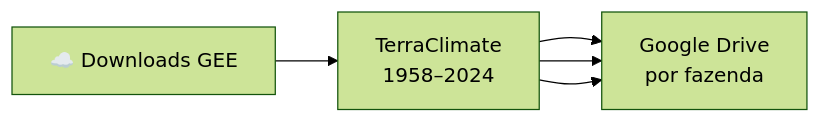
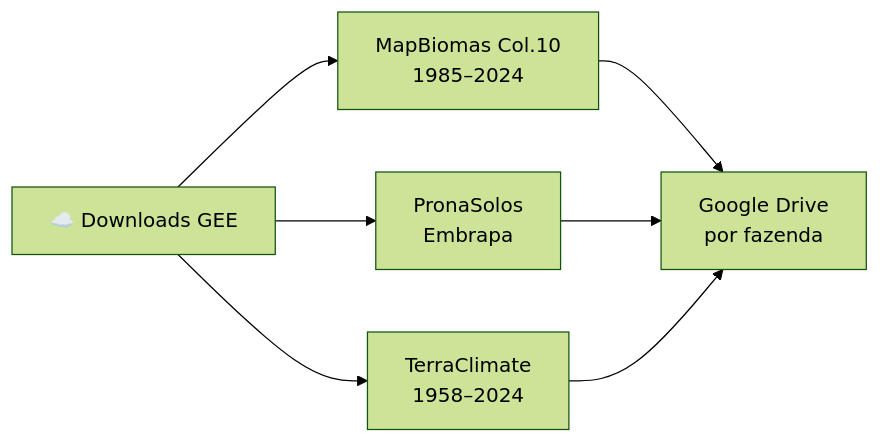
Before and after one commit to FelipeJesusRemoteSensing/CarbonProgram: the second of 6 diagrams in docs/mds/scripts.md, drawn with Mermaid (forest theme). The commit also changed other lines of this file, not shown here.

````diff
--- a/docs/mds/scripts.md
+++ b/docs/mds/scripts.md
@@ -20,7 +20,9 @@
 ```mermaid
 flowchart LR
-    A[☁️ Downloads GEE] --> B
-    B[MapBiomas Col.10\n1985–2024] --> C[Google Drive\npor fazenda]
-    B[PronaSolos\nEmbrapa] --> C
-    B[TerraClimate\n1958–2024] --> C
+    A[☁️ Downloads GEE] --> B[MapBiomas Col.10\n1985–2024]
+    A --> C[PronaSolos\nEmbrapa]
+    A --> D[TerraClimate\n1958–2024]
+    B --> E[Google Drive\npor fazenda]
+    C --> E
+    D --> E
 ```
````
